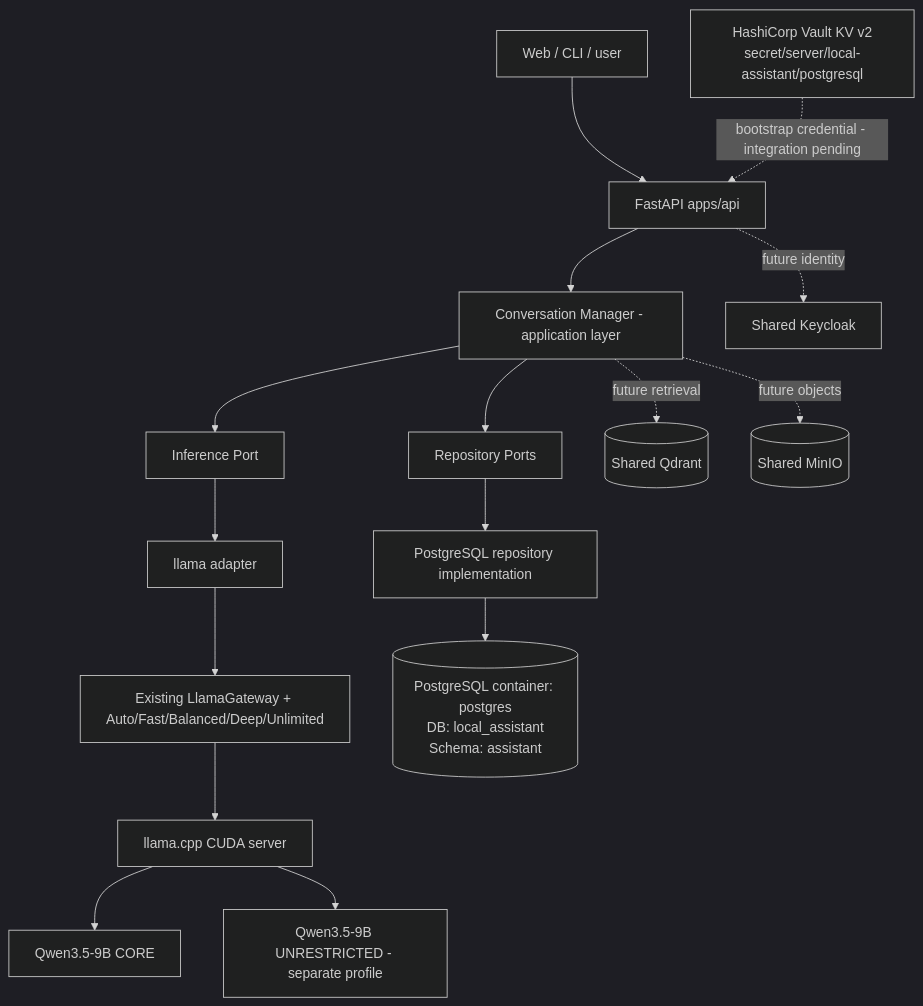
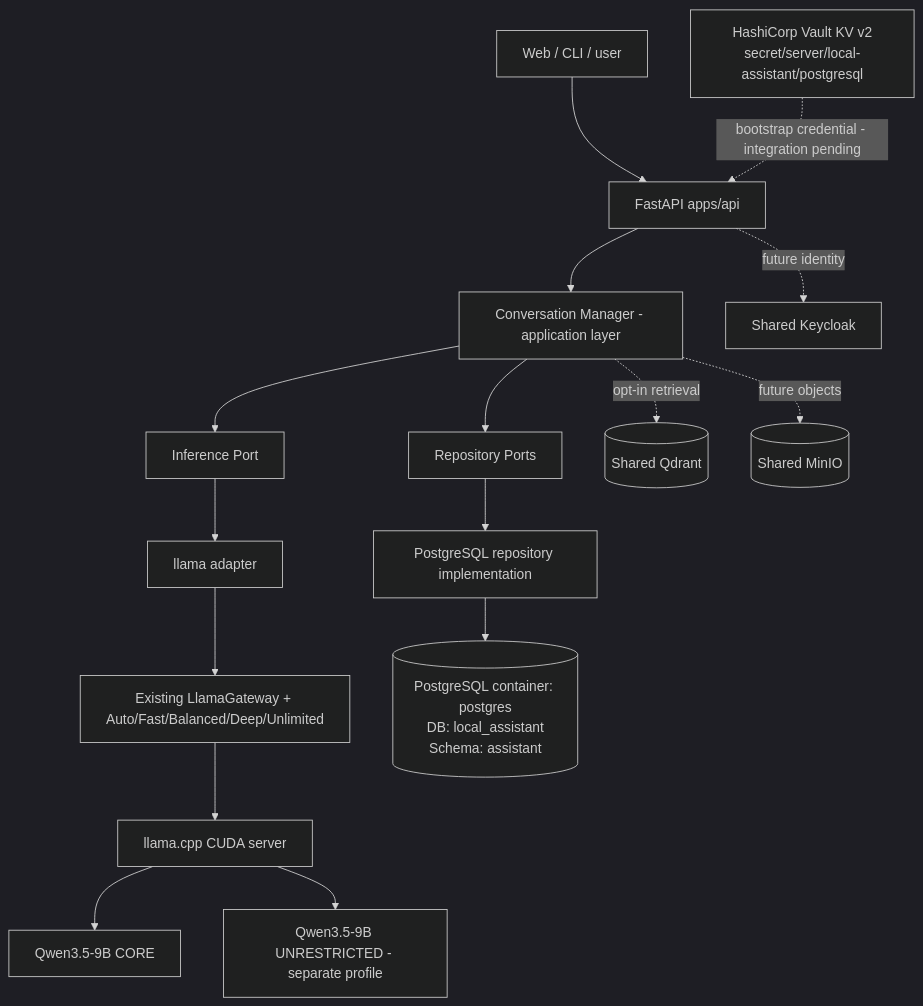
One commit to Leiz-Workspace/local-assistant changed the first of 5 diagrams in docs/LOCAL_ASSISTANT_MASTER_ROADMAP.md. Above: the diagram before and after it, drawn with Mermaid (dark theme). The commit also changed other lines of this file and 21 other files, not shown here.

````diff
--- a/docs/LOCAL_ASSISTANT_MASTER_ROADMAP.md
+++ b/docs/LOCAL_ASSISTANT_MASTER_ROADMAP.md
@@ -86,18 +86,18 @@
 ```mermaid
 flowchart TB
   U[Web / CLI / user] --> API[FastAPI apps/api]
   API --> APP[Conversation Manager - application layer]
   APP --> PORT[Inference Port]
   PORT --> AD[llama adapter]
   AD --> GW[Existing LlamaGateway + Auto/Fast/Balanced/Deep/Unlimited]
   GW --> LL[llama.cpp CUDA server]
   LL --> CORE[Qwen3.5-9B CORE]
   LL --> UNR[Qwen3.5-9B UNRESTRICTED - separate profile]
   APP --> RP[Repository Ports]
   RP --> R[PostgreSQL repository implementation]
   R --> DB[(PostgreSQL container: postgres\nDB: local_assistant\nSchema: assistant)]
   V[HashiCorp Vault KV v2\nsecret/server/local-assistant/postgresql] -.->|bootstrap credential - integration pending| API
-  APP -.->|future retrieval| Q[(Shared Qdrant)]
+  APP -.->|opt-in retrieval| Q[(Shared Qdrant)]
   APP -.->|future objects| M[(Shared MinIO)]
   API -.->|future identity| KC[Shared Keycloak]
 ```
````
